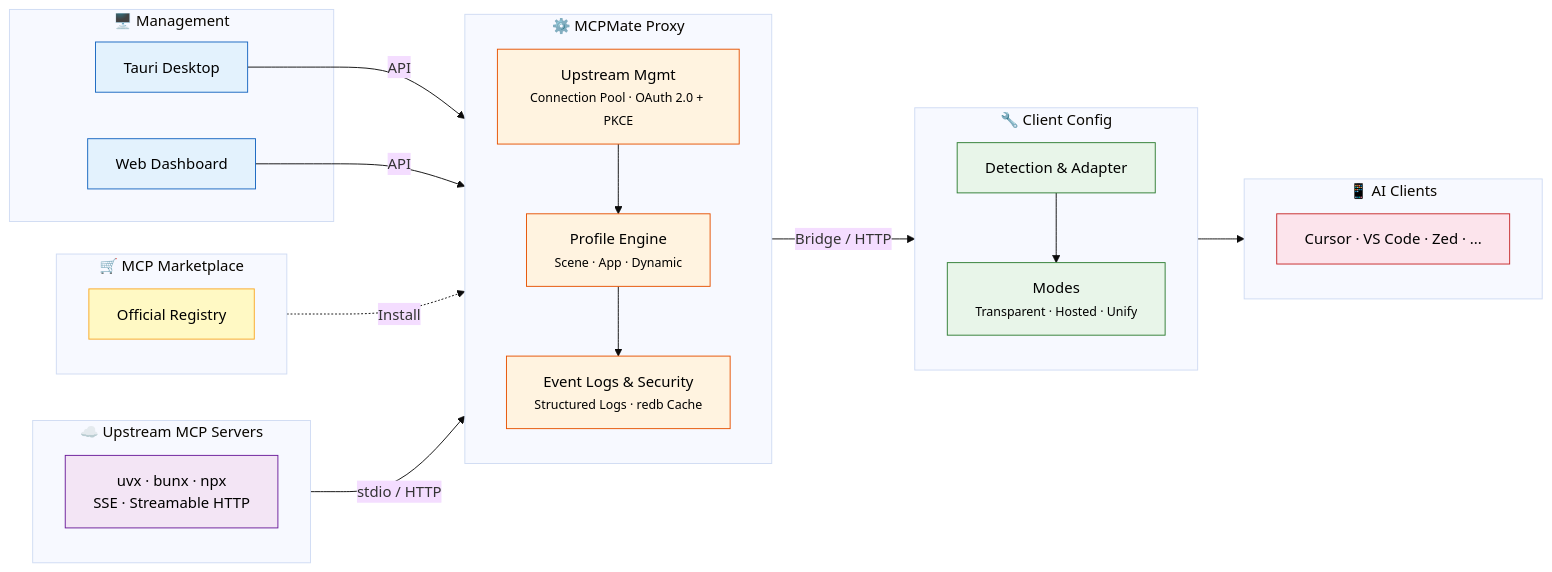
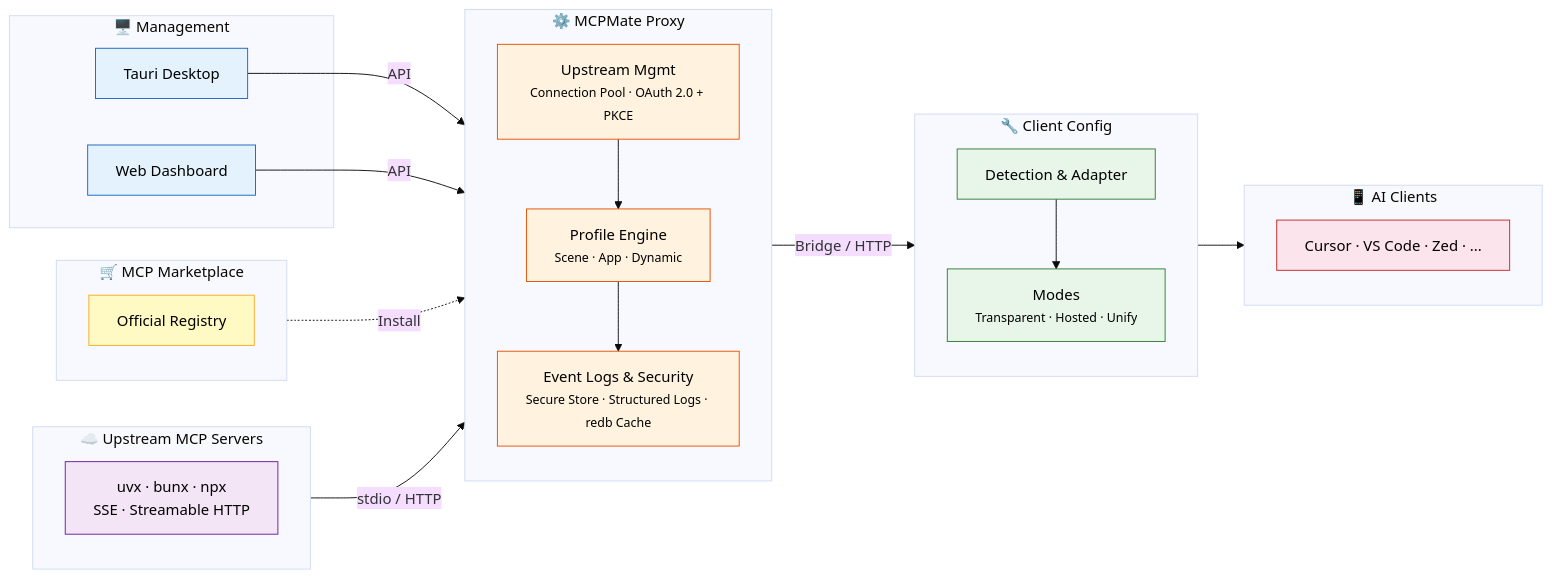
Before and after one commit to loocor/mcpmate: the diagram in README.md, drawn with Mermaid (base theme). The commit also changed other lines of this file and 20 other files, not shown here.

````diff
--- a/README.md
+++ b/README.md
@@ -79,55 +79,55 @@
 ```mermaid
 flowchart LR
     subgraph mgmt ["🖥️ Management"]
         APP["Tauri Desktop"]
         DASH["Web Dashboard"]
     end
 
     subgraph proxy ["⚙️ MCPMate Proxy"]
         direction TB
         UP["Upstream Mgmt<br/><small>Connection Pool · OAuth 2.0 + PKCE</small>"]
         PROF["Profile Engine<br/><small>Scene · App · Dynamic</small>"]
-        SEC["Event Logs &amp; Security<br/><small>Structured Logs · redb Cache</small>"]
+        SEC["Event Logs &amp; Security<br/><small>Secure Store · Structured Logs · redb Cache</small>"]
         UP --> PROF --> SEC
     end
 
     subgraph cfg ["🔧 Client Config"]
         direction TB
         DET["Detection &amp; Adapter"]
         MODES["Modes<br/><small>Transparent · Hosted · Unify</small>"]
         DET --> MODES
     end
 
     subgraph clients ["📱 AI Clients"]
         C["Cursor · VS Code · Zed · ..."]
     end
 
     subgraph upstream ["☁️ Upstream MCP Servers"]
         S["uvx · bunx · npx<br/>SSE · Streamable HTTP"]
     end
 
     subgraph market ["🛒 MCP Marketplace"]
         M["Official Registry"]
     end
 
     APP -->|"API"| proxy
     DASH -->|"API"| proxy
     market -.->|"Install"| proxy
     upstream -->|"stdio / HTTP"| proxy
     proxy -->|"Bridge / HTTP"| cfg
     MODES --> clients
 
     classDef mgmt fill:#e3f2fd,stroke:#1565c0,color:#000
     classDef proxy fill:#fff3e0,stroke:#e65100,color:#000
     classDef cfg fill:#e8f5e9,stroke:#2e7d32,color:#000
     classDef clients fill:#fce4ec,stroke:#c62828,color:#000
     classDef upstream fill:#f3e5f5,stroke:#6a1b9a,color:#000
     classDef market fill:#fff9c4,stroke:#f9a825,color:#000
 
     class APP,DASH mgmt
     class UP,PROF,SEC proxy
     class DET,MODES cfg
     class C clients
     class S upstream
     class M market
 ```
````
